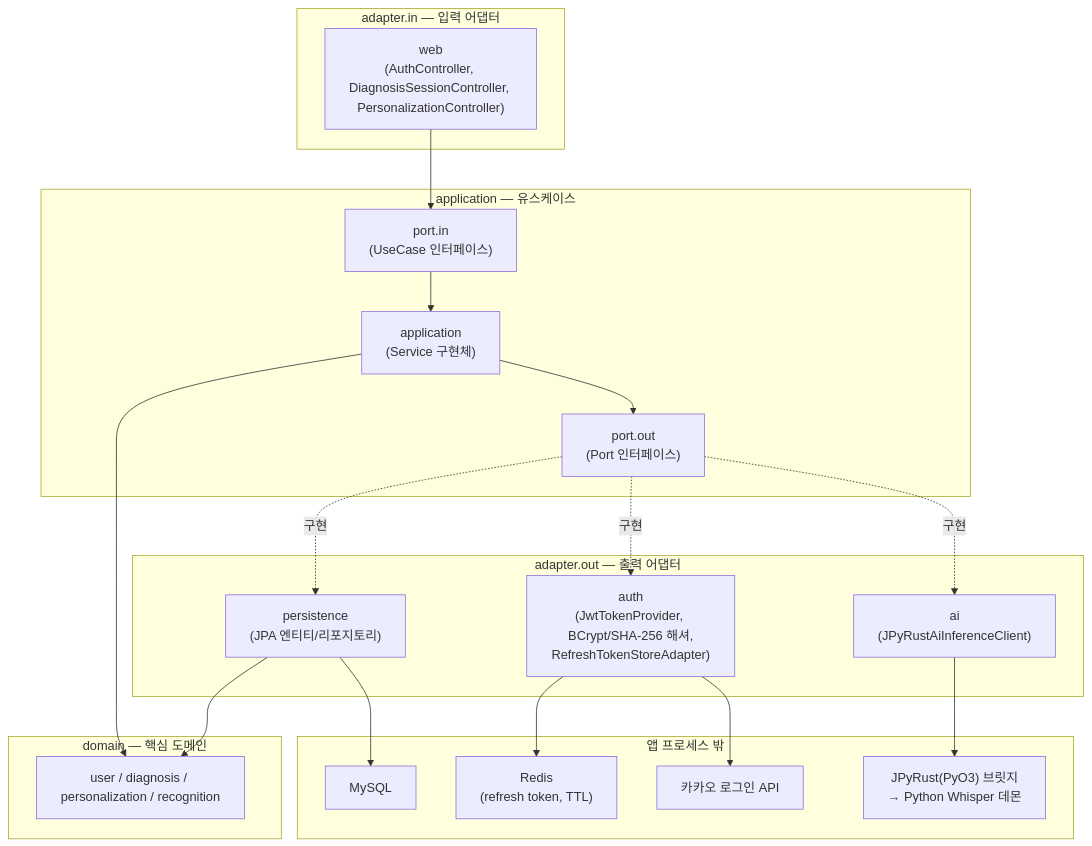
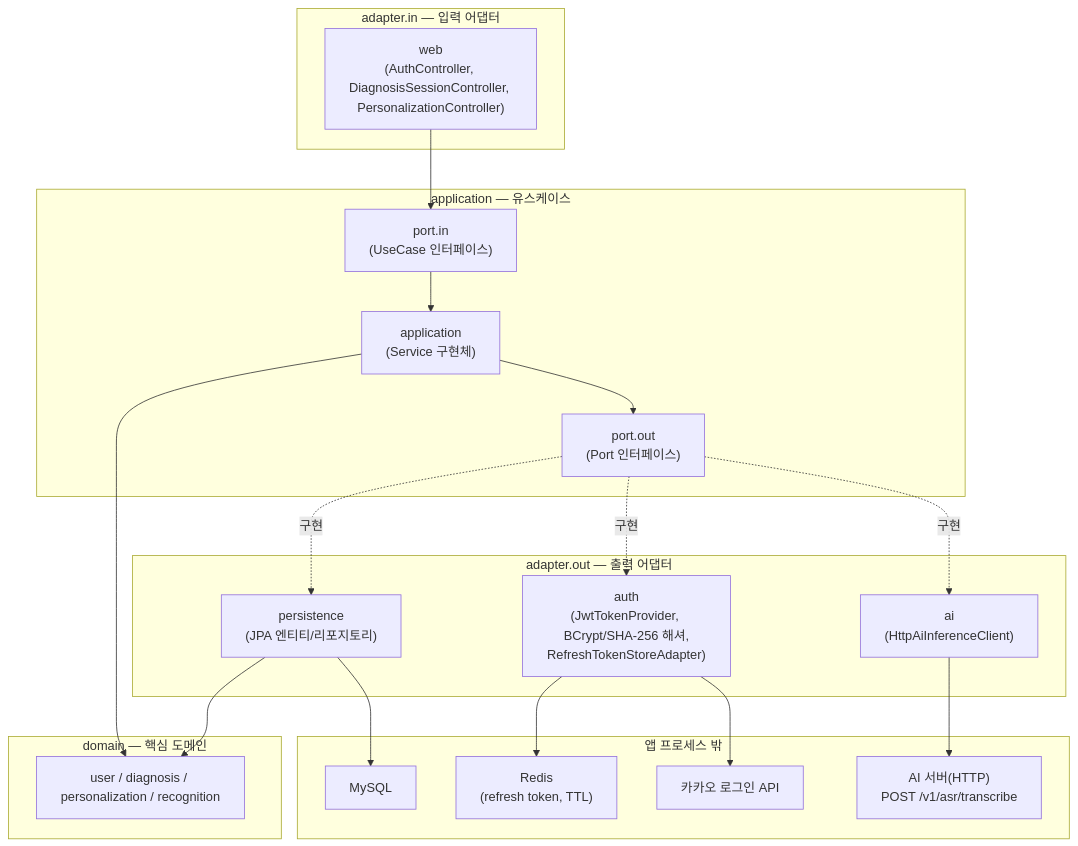
The diagram in README.md (42VoiceBridge/42VoiceBridge_BE), drawn with Mermaid before and after one commit. The commit also changed other lines of this file and 5 other files, not shown here.

````diff
--- a/README.md
+++ b/README.md
@@ -27,44 +27,44 @@
 ```mermaid
 graph TB
     subgraph adapter_in["adapter.in — 입력 어댑터"]
         WEB["web<br/>(AuthController, DiagnosisSessionController, PersonalizationController)"]
     end
 
     subgraph application["application — 유스케이스"]
         PORT_IN["port.in<br/>(UseCase 인터페이스)"]
         SERVICE["application<br/>(Service 구현체)"]
         PORT_OUT["port.out<br/>(Port 인터페이스)"]
     end
 
     subgraph domain["domain — 핵심 도메인"]
         MODEL["user / diagnosis / personalization / recognition"]
     end
 
     subgraph adapter_out["adapter.out — 출력 어댑터"]
         PERSIST["persistence<br/>(JPA 엔티티/리포지토리)"]
         AUTH["auth<br/>(JwtTokenProvider, BCrypt/SHA-256 해셔,<br/>RefreshTokenStoreAdapter)"]
-        AI["ai<br/>(JPyRustAiInferenceClient)"]
+        AI["ai<br/>(HttpAiInferenceClient)"]
     end
 
     subgraph external["앱 프로세스 밖"]
         MYSQL["MySQL"]
         REDIS["Redis<br/>(refresh token, TTL)"]
-        JPYRUST["JPyRust(PyO3) 브릿지<br/>→ Python Whisper 데몬"]
+        AISERVER["AI 서버(HTTP)<br/>POST /v1/asr/transcribe"]
         KAKAO["카카오 로그인 API"]
     end
 
     WEB --> PORT_IN
     PORT_IN --> SERVICE
     SERVICE --> MODEL
     SERVICE --> PORT_OUT
 
     PORT_OUT -.구현.-> PERSIST
     PORT_OUT -.구현.-> AUTH
     PORT_OUT -.구현.-> AI
 
     PERSIST --> MODEL
     PERSIST --> MYSQL
     AUTH --> REDIS
-    AI --> JPYRUST
+    AI --> AISERVER
     AUTH --> KAKAO
 ```
````
